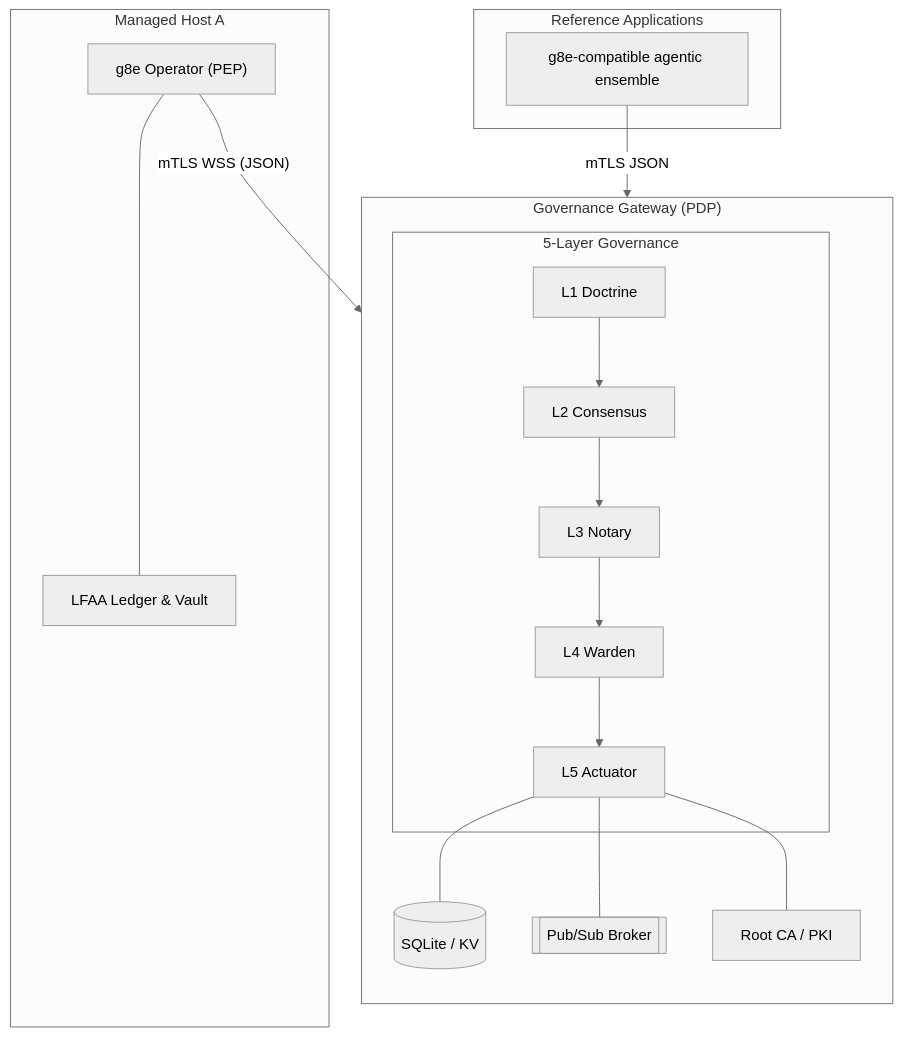
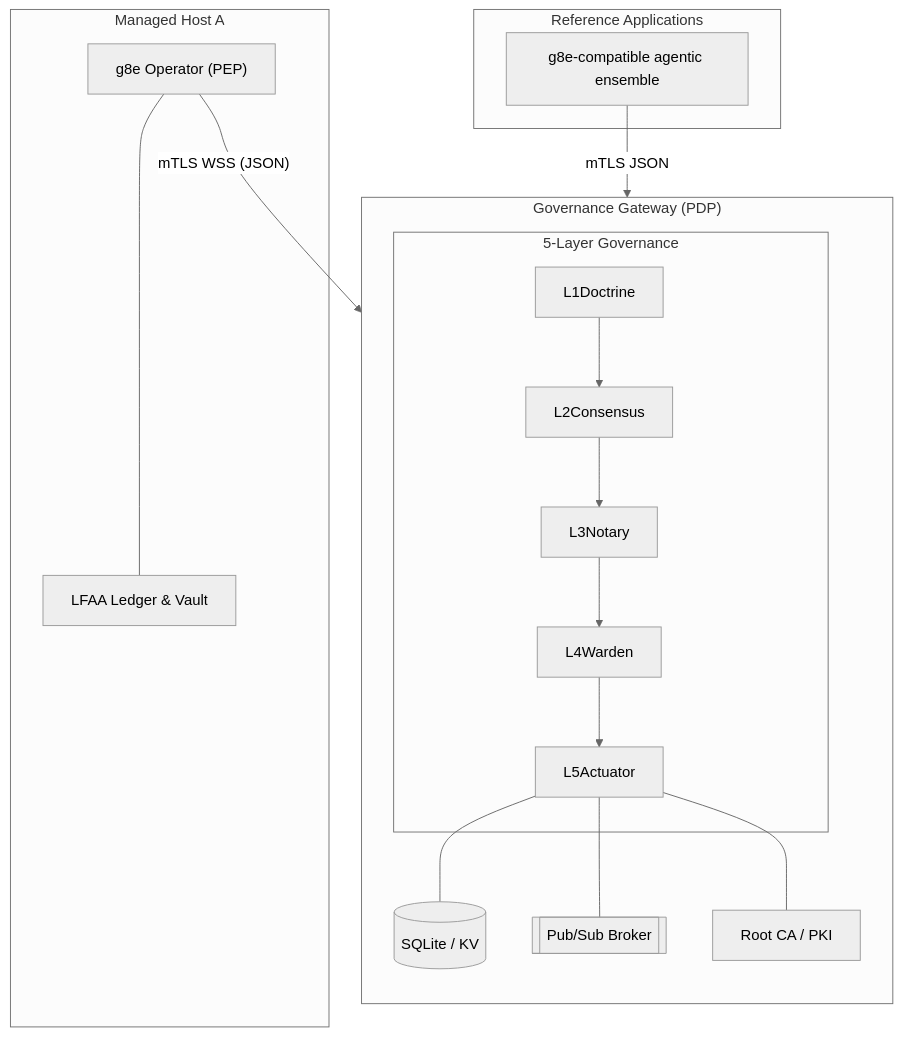
The diagram in docs/architecture/gateway.md (g8e-ai/g8e), drawn with Mermaid (neutral theme) before and after one commit. The commit also changed other lines of this file and 52 other files, not shown here.

````diff
--- a/docs/architecture/gateway.md
+++ b/docs/architecture/gateway.md
@@ -39,34 +39,34 @@
 ```mermaid
 flowchart TD
     subgraph Hub ["Governance Gateway (PDP)"]
         direction TB
         subgraph Layers ["5-Layer Governance"]
-            L1["L1 Doctrine"]
-            L2["L2 Consensus"]
-            L3["L3 Notary"]
-            L4["L4 Warden"]
-            L5["L5 Actuator"]
+            L1["L1Doctrine"]
+            L2["L2Consensus"]
+            L3["L3Notary"]
+            L4["L4Warden"]
+            L5["L5Actuator"]
             
             L1 --> L2 --> L3 --> L4 --> L5
         end
         db[("SQLite / KV")]
         ps[["Pub/Sub Broker"]]
         ca["Root CA / PKI"]
         
         L5 --- db
         L5 --- ps
         L5 --- ca
     end
 
     subgraph Apps ["Reference Applications"]
         ensemble["g8e-compatible agentic ensemble"]
     end
 
     ensemble -- "mTLS JSON" --> L1
 
     subgraph Host_A ["Managed Host A"]
         g8eoA["g8e Operator (PEP)"] --- LFAA_A["LFAA Ledger & Vault"]
     end
 
     g8eoA -- "mTLS WSS (JSON)" --> ps
 ```
````
